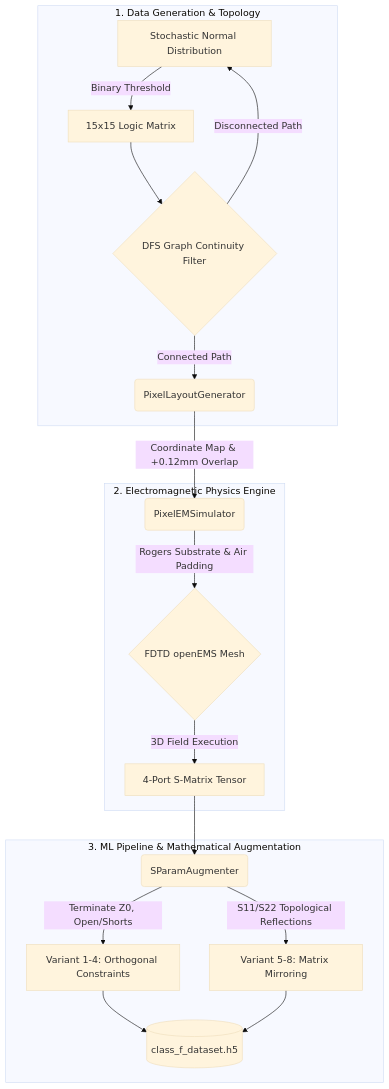
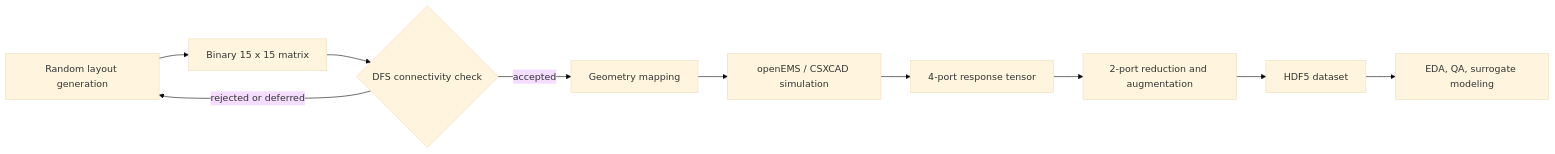
The first of 3 diagrams in README.md (VatsalKhanna5/pixel-dg), drawn with Mermaid (base theme) before and after one commit. The commit also changed other lines of this file and 26 other files, not shown here.

````diff
--- a/README.md
+++ b/README.md
@@ -38,23 +45,12 @@
 ```mermaid
-graph TD
-    subgraph 1. Data Generation & Topology
-    A[Stochastic Normal Distribution] -->|Binary Threshold| B[15x15 Logic Matrix]
-    B --> C{DFS Graph Continuity Filter}
-    C -->|Disconnected Path| A
-    C -->|Connected Path| D(PixelLayoutGenerator)
-    end
-
-    subgraph 2. Electromagnetic Physics Engine 
-    D -->|Coordinate Map & +0.12mm Overlap| E(PixelEMSimulator)
-    E -->|Rogers Substrate & Air Padding| F{FDTD openEMS Mesh}
-    F -->|3D Field Execution| G[4-Port S-Matrix Tensor]
-    end
-
-    subgraph 3. ML Pipeline & Mathematical Augmentation
-    G --> H(SParamAugmenter)
-    H -->|Terminate Z0, Open/Shorts| I[Variant 1-4: Orthogonal Constraints]
-    H -->|S11/S22 Topological Reflections| J[Variant 5-8: Matrix Mirroring]
-    I --> K[(class_f_dataset.h5)]
-    J --> K
-    end
+flowchart LR
+    A[Random layout generation] --> B[Binary 15 x 15 matrix]
+    B --> C{DFS connectivity check}
+    C -->|accepted| D[Geometry mapping]
+    C -->|rejected or deferred| A
+    D --> E[openEMS / CSXCAD simulation]
+    E --> F[4-port response tensor]
+    F --> G[2-port reduction and augmentation]
+    G --> H[HDF5 dataset]
+    H --> I[EDA, QA, surrogate modeling]
 ```
````
